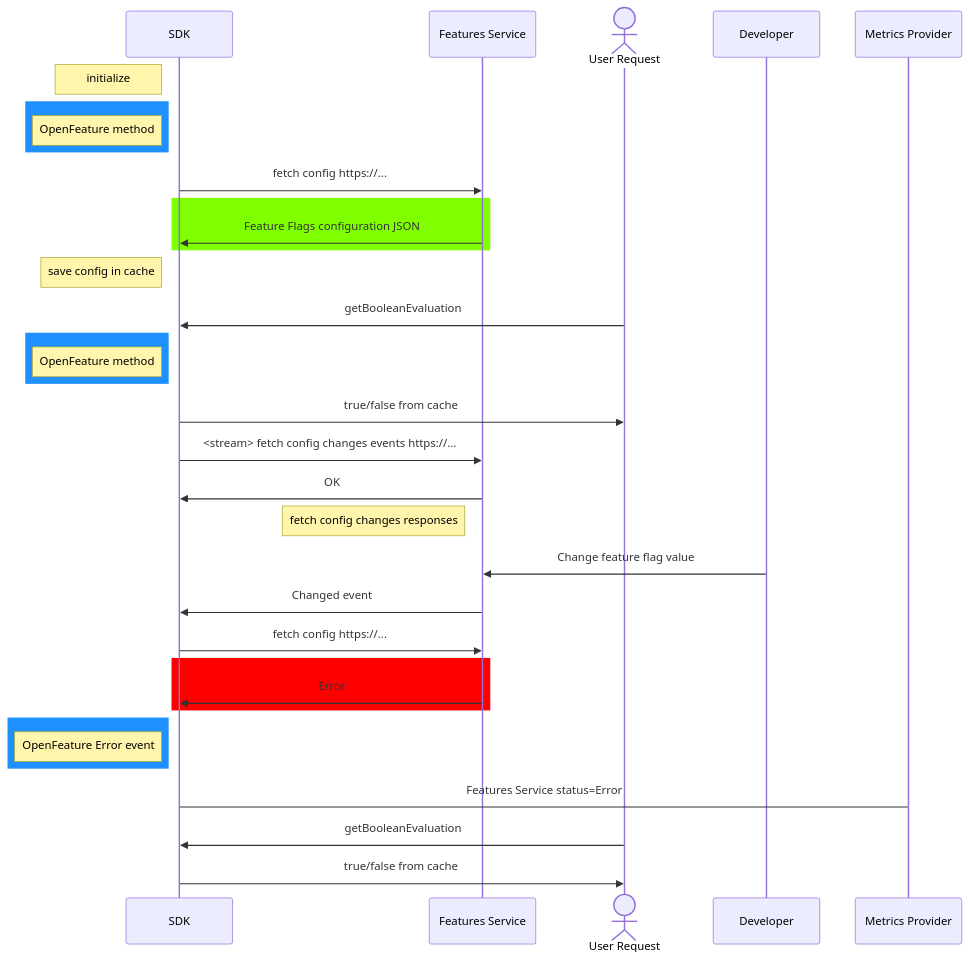
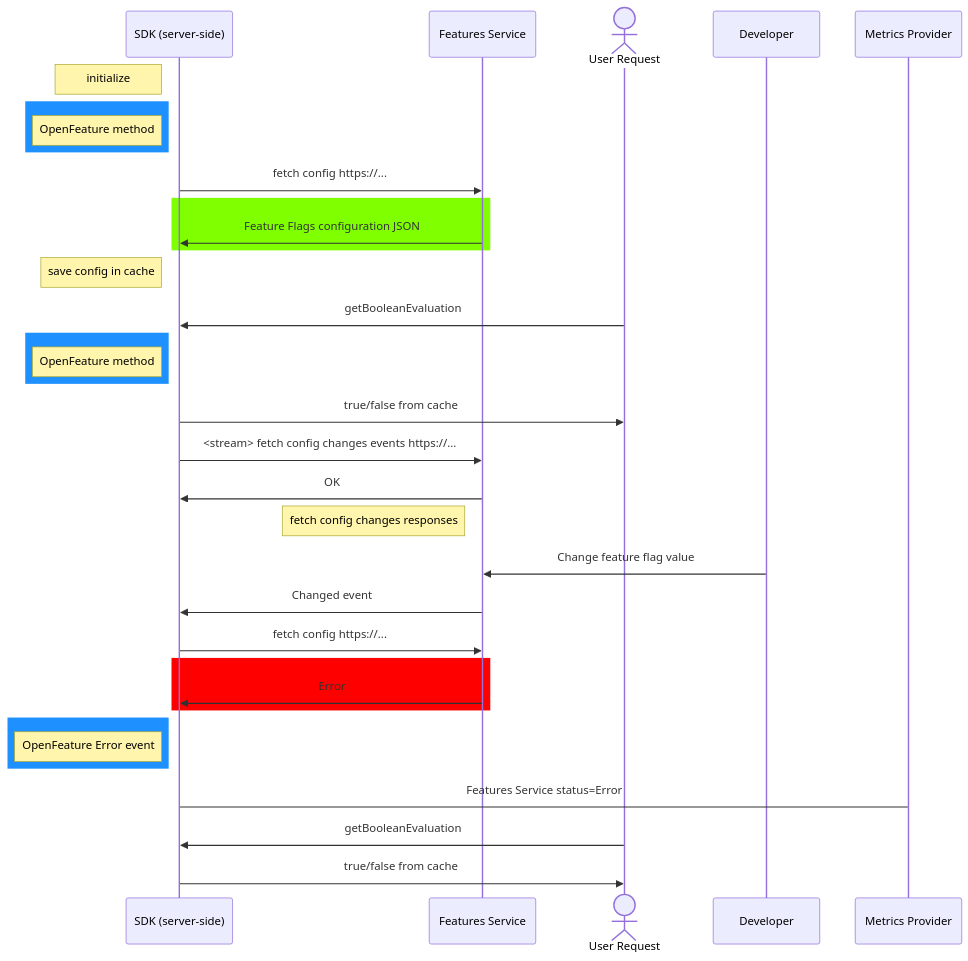
Before and after one commit to open-feature/openfeature.dev: the diagram in blog/2023-06-27-openfeature-adoption-story.md, drawn with Mermaid. The commit also changed other lines of this file, not shown here.

````diff
--- a/blog/2023-06-27-openfeature-adoption-story.md
+++ b/blog/2023-06-27-openfeature-adoption-story.md
@@ -67,37 +67,37 @@
 ```mermaid
 sequenceDiagram
-  participant SDK
+  participant SDK as SDK (server-side)
   participant features as Features Service
   actor request as User Request
   participant developer as Developer
   participant metrics as Metrics Provider
   note left of SDK: initialize
   rect rgb(30,144,255)
   note left of SDK: OpenFeature method
   end
   SDK->>features: fetch config https://...
   rect rgb(127,255,0)
   features->>SDK: Feature Flags configuration JSON
   end
   note left of SDK: save config in cache
   request->>SDK: getBooleanEvaluation
   rect rgb(30,144,255)
   note left of SDK: OpenFeature method
   end
   SDK->>request: true/false from cache
   SDK->>features: <stream> fetch config changes events https://...
   features->>SDK: OK
   note left of features: fetch config changes responses
   developer->>features: Change feature flag value
   features->>SDK: Changed event
   SDK->>features: fetch config https://...
   rect rgb(255,0,0)
   features->>SDK: Error
   end
   rect rgb(30,144,255)
   note left of SDK: OpenFeature Error event
   end
   SDK->metrics: Features Service status=Error
   request->>SDK: getBooleanEvaluation
   SDK->>request: true/false from cache
 ```
````
